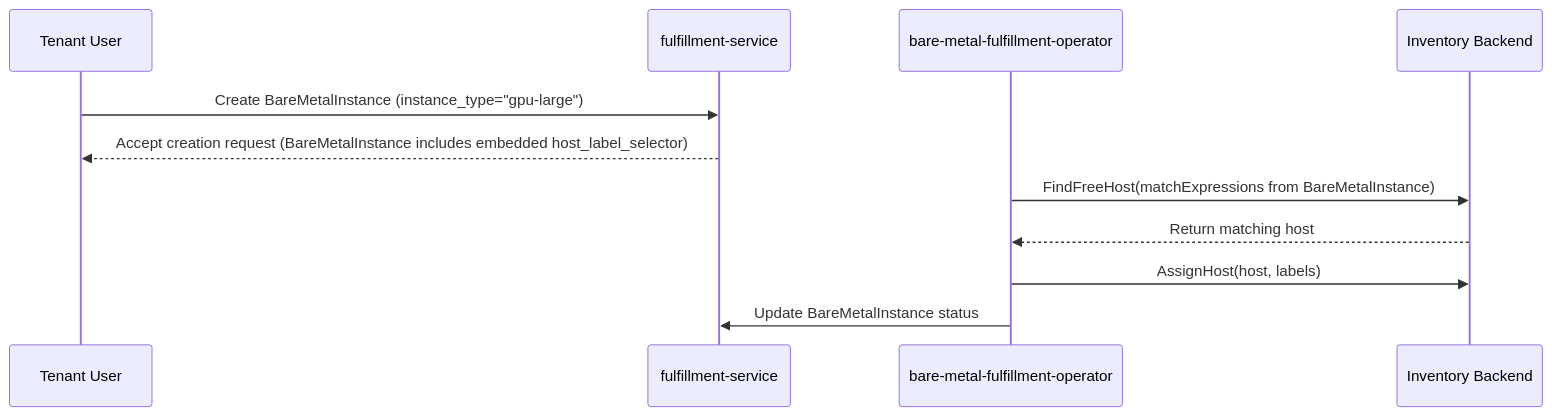
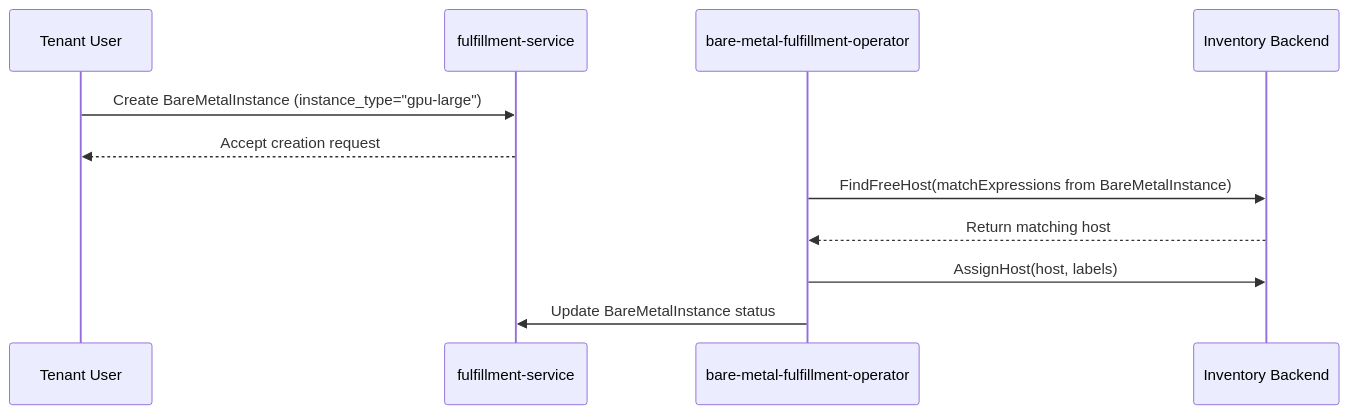
The second of 2 diagrams in enhancements/OSAC-1201-baremetal-instance-types/design.md (osac-project/enhancement-proposals), drawn with Mermaid before and after one commit. The commit also changed other lines of this file, not shown here.

First line of the commit message:
OSAC-1201: Align design with existing protobuf and CRD architecture

````diff
--- a/enhancements/OSAC-1201-baremetal-instance-types/design.md
+++ b/enhancements/OSAC-1201-baremetal-instance-types/design.md
@@ -85,14 +85,14 @@
 ```mermaid
 sequenceDiagram
     participant Tenant as Tenant User
     participant FS as fulfillment-service
     participant Operator as bare-metal-fulfillment-operator
     participant Inventory as Inventory Backend
 
     Tenant->>FS: Create BareMetalInstance (instance_type="gpu-large")
-    FS-->>Tenant: Accept creation request (BareMetalInstance includes embedded host_label_selector)
+    FS-->>Tenant: Accept creation request
     Operator->>Inventory: FindFreeHost(matchExpressions from BareMetalInstance)
     Inventory-->>Operator: Return matching host
     Operator->>Inventory: AssignHost(host, labels)
     Operator->>FS: Update BareMetalInstance status
 ```
````
